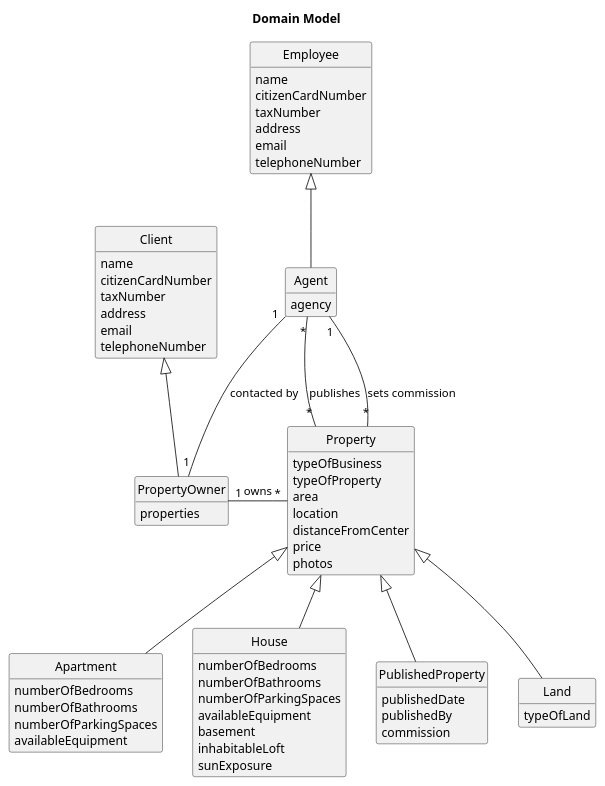
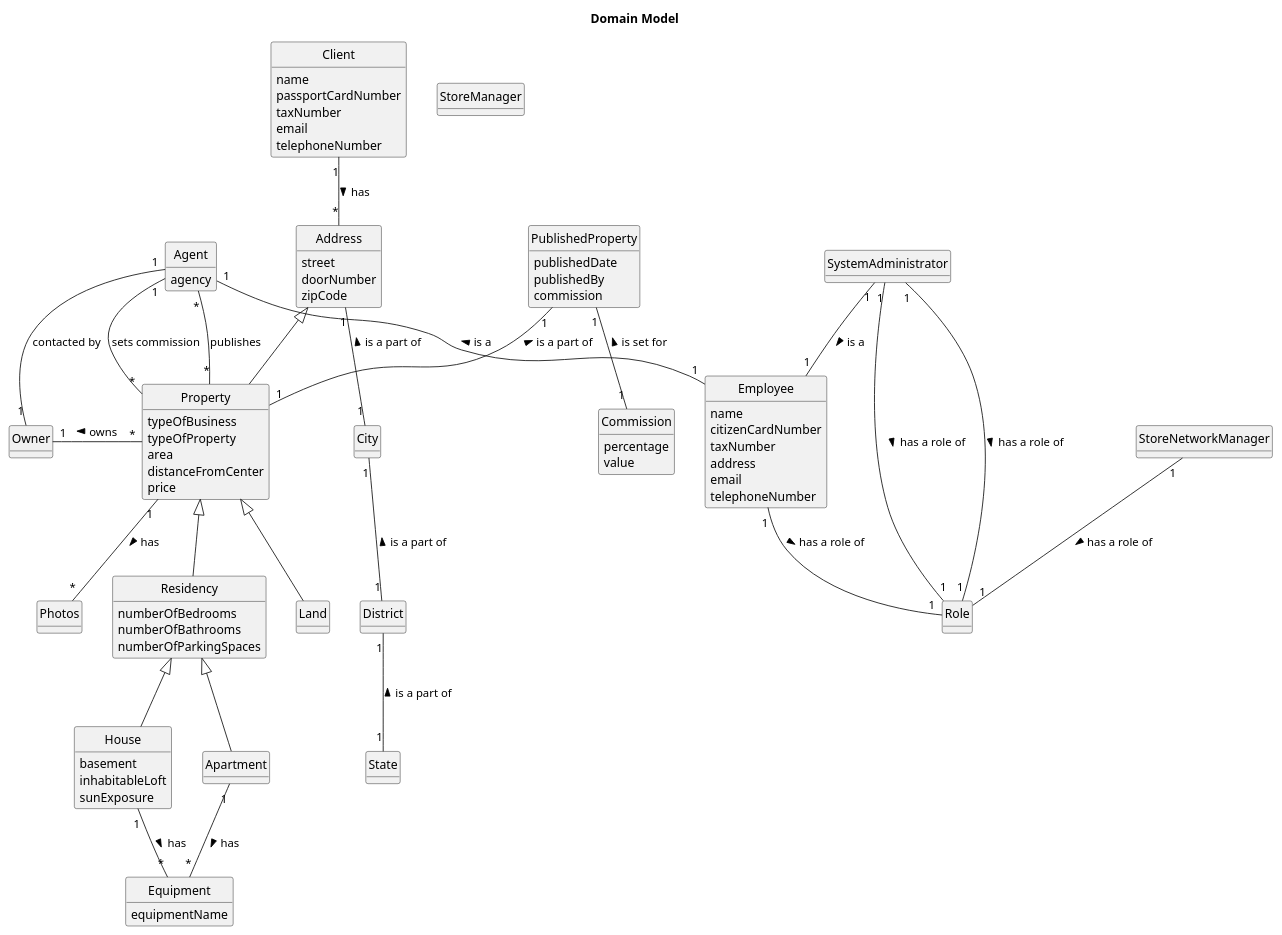
One commit to Goncalves2525/real-estate-management-system changed the diagram in docs/sprintB/us002/02.analysis/puml/us002-domain-model.puml. Above: the diagram before and after it, drawn with PlantUML. The commit also changed 5 other files, not shown here.

```diff
--- a/docs/sprintB/us002/02.analysis/puml/us002-domain-model.puml
+++ b/docs/sprintB/us002/02.analysis/puml/us002-domain-model.puml
@@ -1,97 +1,148 @@
 @startuml
 skinparam monochrome true
 skinparam packageStyle rectangle
 skinparam shadowing false
 skinparam classAttributeIconSize 0
+'skinparam linetype ortho
 hide circle
 hide methods
 
 title Domain Model
 
 class Client{
     name
-    citizenCardNumber
+    passportCardNumber
     taxNumber
-    address
     email
     telephoneNumber
 }
 
-class PropertyOwner extends Client {
-    properties
+class Owner {
 }
 
 class Employee{
     name
     citizenCardNumber
     taxNumber
     address
     email
     telephoneNumber
 }
 
-class Agent extends Employee{
+class Agent{
     agency
 }
 
 'class Property{
 '    typeOfProperty
 '    area
 '    location
 '    distanceFromCityCentre
 '    requestedPrice
 '    photographs
 '    numberOfBedrooms
 '    numberOfBathrooms
 '    numberOfParkingSpaces
 '    availableEquipment
 '    hasBasement
 '    hasInhabitableLoft
 '    sunExposureValue
 '}
 
-class Property{
+class Property extends Address{
     typeOfBusiness
     typeOfProperty
     area
-    location
     distanceFromCenter
     price
-    photos
 }
 
-class Apartment extends Property{
-    numberOfBedrooms
-    numberOfBathrooms
-    numberOfParkingSpaces
-    availableEquipment
+class Photos {
 }
 
-class House extends Property{
-    numberOfBedrooms
-    numberOfBathrooms
-    numberOfParkingSpaces
-    availableEquipment
+class Address{
+    street
+    doorNumber
+    zipCode
+}
+
+class City{
+}
+
+class District{
+}
+
+class State{
+}
+
+class Apartment extends Residency{
+}
+
+class House extends Residency{
     basement
     inhabitableLoft
     sunExposure
 }
 
-class PublishedProperty extends Property{
+class Residency extends Property{
+    numberOfBedrooms
+    numberOfBathrooms
+    numberOfParkingSpaces
+
+}
+
+class PublishedProperty{
     publishedDate
     publishedBy
     commission
 }
 
-class Land extends Property{
-    typeOfLand
+class Commission{
+    percentage
+    value
 }
 
-Agent "1" -- "1" PropertyOwner : contacted by
+class Land extends Property{
+}
+
+class Equipment{
+    equipmentName
+}
+
+class Role{
+}
+
+class SystemAdministrator{
+}
+
+class StoreManager{
+}
+
+class StoreNetworkManager{
+}
+
+
+Agent "1" -- "1" Employee: is a <
+Employee "1" -- "1" Role: has a role of >
+SystemAdministrator "1" -- "1" Role: has a role of >
+StoreNetworkManager "1" -- "1" Role: has a role of >
+SystemAdministrator "1" -- "1" Role: has a role of >
+SystemAdministrator "1" -- "1" Employee: is a >
+Agent "1" -- "1" Owner : contacted by
 Agent "*" - "*" Property: publishes
 Agent "1" - "*" Property: sets commission
-PropertyOwner "1" - "*" Property: owns
+Owner "1" - "*" Property: owns <
+Address "1" -- "1" City : is a part of <
+City "1" -- "1" District : is a part of <
+District "1" -- "1" State : is a part of <
+Client "1" -- "*" Address: has >
+Property "1" -- "*" Photos: has >
+PublishedProperty "1" -- "1" Commission: is set for <
+House "1" -- "*" Equipment: has >
+Apartment "1" -- "*" Equipment: has >
+PublishedProperty "1" -- "1" Property: is a part of <
+
 'Property <|-- House
 'Property <|-- Apartment
 'Property <|-- Land
 @enduml
```
